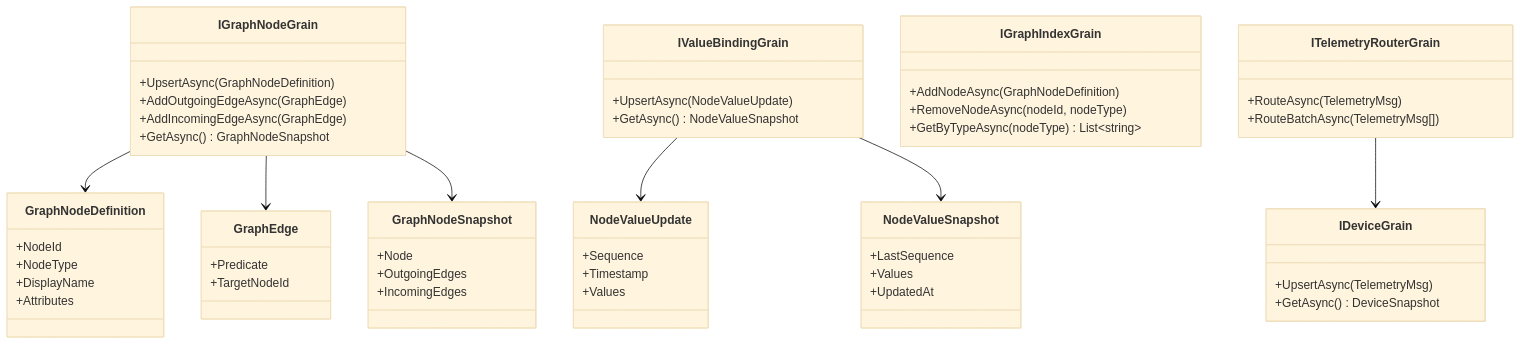
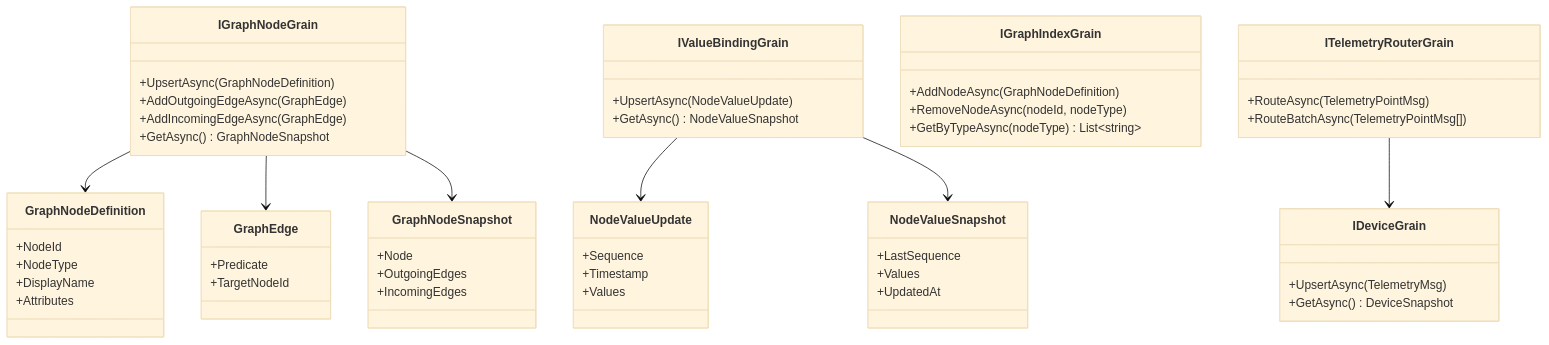
The second of 3 diagrams in README.md (takashikasuya/orleans-telemetry-sample), drawn with Mermaid (base theme) before and after one commit. The commit also changed other lines of this file and 22 other files, not shown here.

First line of the commit message:
feat: refactor telemetry ingest to modular connector architecture

````diff
--- a/README.md
+++ b/README.md
@@ -186,57 +210,57 @@
 ```mermaid
 classDiagram
     class IGraphNodeGrain {
       +UpsertAsync(GraphNodeDefinition)
       +AddOutgoingEdgeAsync(GraphEdge)
       +AddIncomingEdgeAsync(GraphEdge)
       +GetAsync() GraphNodeSnapshot
     }
     class IValueBindingGrain {
       +UpsertAsync(NodeValueUpdate)
       +GetAsync() NodeValueSnapshot
     }
     class IGraphIndexGrain {
       +AddNodeAsync(GraphNodeDefinition)
       +RemoveNodeAsync(nodeId, nodeType)
       +GetByTypeAsync(nodeType) List~string~
     }
     class GraphNodeDefinition {
       +NodeId
       +NodeType
       +DisplayName
       +Attributes
     }
     class GraphEdge {
       +Predicate
       +TargetNodeId
     }
     class GraphNodeSnapshot {
       +Node
       +OutgoingEdges
       +IncomingEdges
     }
     class NodeValueUpdate {
       +Sequence
       +Timestamp
       +Values
     }
     class NodeValueSnapshot {
       +LastSequence
       +Values
       +UpdatedAt
     }
     class IDeviceGrain {
       +UpsertAsync(TelemetryMsg)
       +GetAsync() DeviceSnapshot
     }
     class ITelemetryRouterGrain {
-      +RouteAsync(TelemetryMsg)
-      +RouteBatchAsync(TelemetryMsg[])
+      +RouteAsync(TelemetryPointMsg)
+      +RouteBatchAsync(TelemetryPointMsg[])
     }
     IGraphNodeGrain --> GraphNodeDefinition
     IGraphNodeGrain --> GraphEdge
     IGraphNodeGrain --> GraphNodeSnapshot
     IValueBindingGrain --> NodeValueUpdate
     IValueBindingGrain --> NodeValueSnapshot
     ITelemetryRouterGrain --> IDeviceGrain
 ```
````
